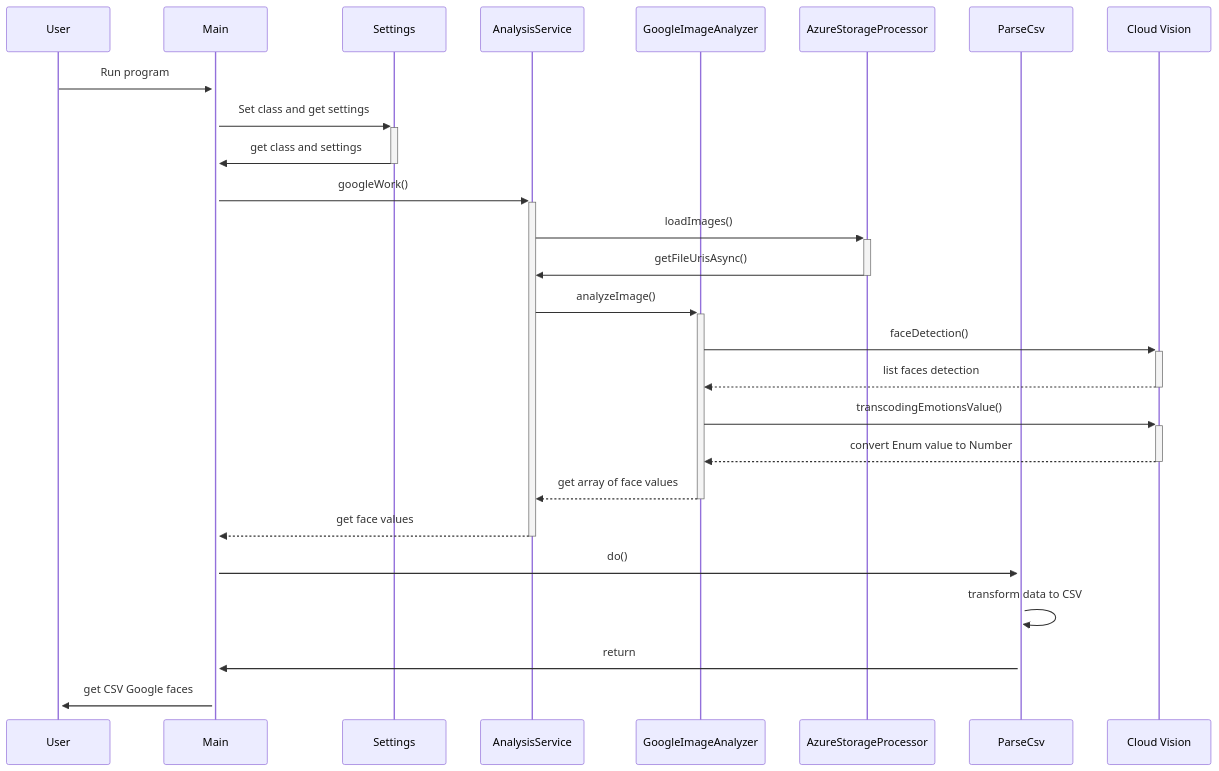
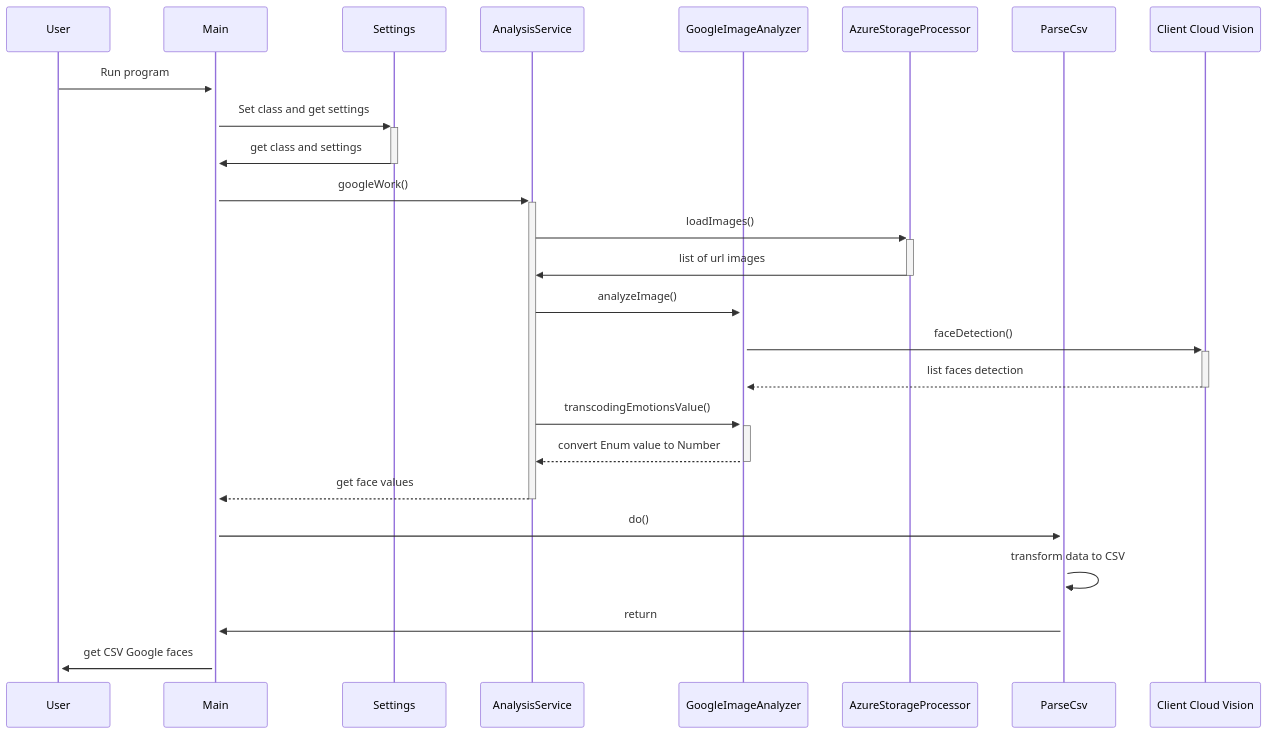
Before and after one commit to bslbar/face-recognition: the diagram in diagrams/GoogleSequenceDiagram.md, drawn with Mermaid.

Commit message:
fix Google sequence diagram

````diff
--- a/diagrams/GoogleSequenceDiagram.md
+++ b/diagrams/GoogleSequenceDiagram.md
@@ -1,28 +1,27 @@
 ```mermaid
 sequenceDiagram
     participant U as User
     participant M as Main
     participant S as Settings
     participant AS as AnalysisService
     participant GIA as GoogleImageAnalyzer
     participant ASP as AzureStorageProcessor
     participant PCSV as ParseCsv
-    participant GOOGLE as Cloud Vision
+    participant GOOGLE as Client Cloud Vision
 	U->>+M: Run program						
 	M->>+S: Set class and get settings 						
 	S->>-M: get class and settings							
 	M->>+AS: googleWork()						
 	AS->>+ASP: loadImages()	
-	ASP->>-AS: getFileUrisAsync()					
+	ASP->>-AS: list of url images					
 	AS->>+GIA: analyzeImage()					
-	GIA->>+GOOGLE: faceDetection()					
+	GIA->>+GOOGLE: faceDetection()			
 	GOOGLE-->>-GIA: list faces detection	
-    GIA->>+GOOGLE: transcodingEmotionsValue()					
-	GOOGLE-->>-GIA: convert Enum value to Number					
-	GIA-->>-AS: get array of face values			
+    AS->>+GIA: transcodingEmotionsValue()					
+	GIA-->>-AS: convert Enum value to Number								
 	AS-->>-M: get face values
     M->>+PCSV: do()	
     PCSV->>+PCSV: transform data to CSV	
     PCSV->>+M: return	
-    M->>+U: get CSV Google faces 	
+    M->>+U: get CSV Google faces	
 ```
````
